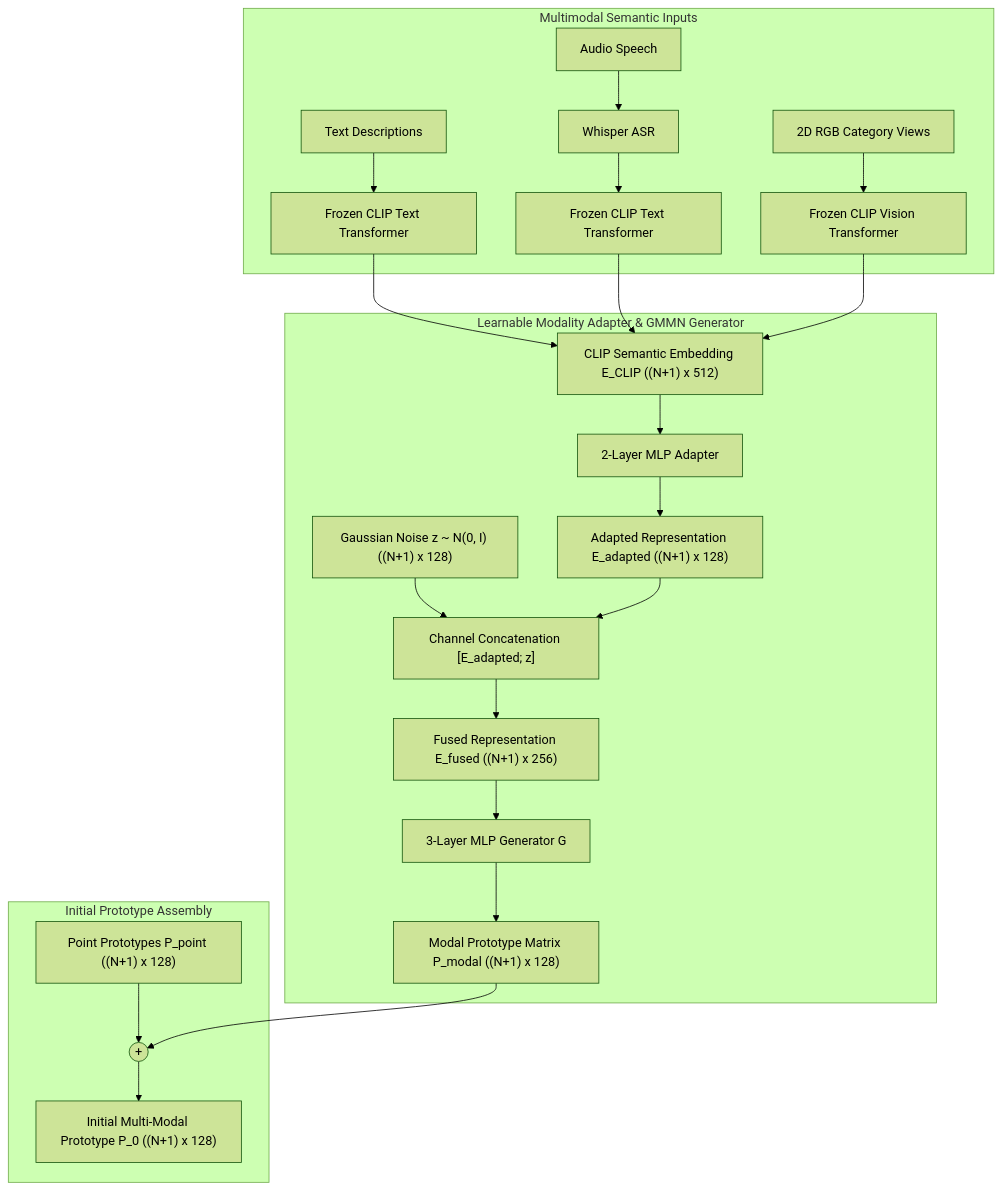
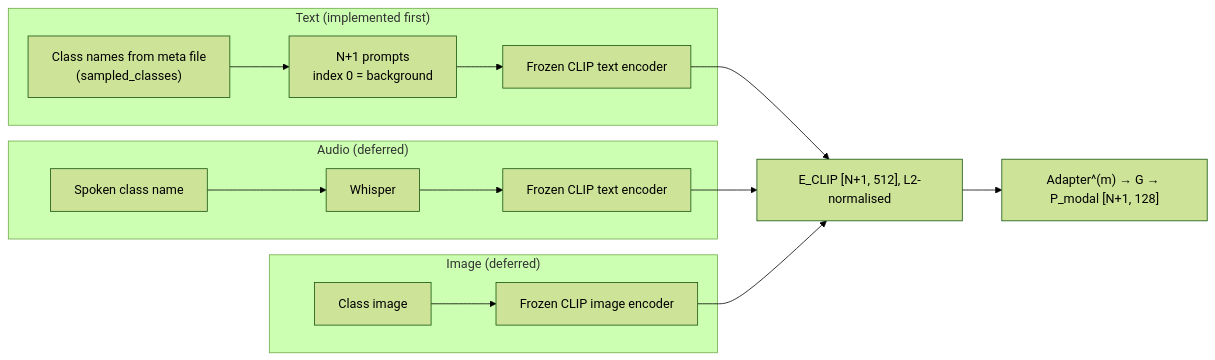
One commit to vminh16/CascadeProto changed the diagram in docs/spec/03_MULTIMODAL_SPEC.md. Above: the diagram before and after it, drawn with Mermaid (forest theme). The commit also changed other lines of this file and 8 other files, not shown here.

````diff
--- a/docs/spec/03_MULTIMODAL_SPEC.md
+++ b/docs/spec/03_MULTIMODAL_SPEC.md
@@ -13,29 +32,17 @@
 ```mermaid
-flowchart TD
-    subgraph Modalities["Multimodal Semantic Inputs"]
-        T_in["Text Descriptions"] --> CLIP_T["Frozen CLIP Text Transformer"]
-        A_in["Audio Speech"] --> Whisper["Whisper ASR"]
-        Whisper --> CLIP_A["Frozen CLIP Text Transformer"]
-        I_in["2D RGB Category Views"] --> CLIP_V["Frozen CLIP Vision Transformer"]
+flowchart LR
+    subgraph Text["Text (implemented first)"]
+        Names["Class names from meta file<br/>(sampled_classes)"] --> Prompts["N+1 prompts<br/>index 0 = background"]
+        Prompts --> CLIPT["Frozen CLIP text encoder"]
     end
-
-    CLIP_T --> E_clip["CLIP Semantic Embedding E_CLIP ((N+1) x 512)"]
-    CLIP_A --> E_clip
-    CLIP_V --> E_clip
-
-    subgraph LMA_Pipeline["Learnable Modality Adapter & GMMN Generator"]
-        E_clip --> Adapter["2-Layer MLP Adapter"]
-        Adapter --> E_adapt["Adapted Representation E_adapted ((N+1) x 128)"]
-        Noise["Gaussian Noise z ~ N(0, I) ((N+1) x 128)"] --> Cat["Channel Concatenation [E_adapted; z]"]
-        E_adapt --> Cat
-        Cat --> E_fused["Fused Representation E_fused ((N+1) x 256)"]
-        E_fused --> Gen["3-Layer MLP Generator G"]
-        Gen --> P_modal["Modal Prototype Matrix P_modal ((N+1) x 128)"]
+    subgraph Audio["Audio (deferred)"]
+        Wav["Spoken class name"] --> Whisper["Whisper"] --> CLIPA["Frozen CLIP text encoder"]
     end
-
-    subgraph Fusion["Initial Prototype Assembly"]
-        P_point["Point Prototypes P_point ((N+1) x 128)"] --> Add(("+"))
-        P_modal --> Add
-        Add --> P_0["Initial Multi-Modal Prototype P_0 ((N+1) x 128)"]
+    subgraph Image["Image (deferred)"]
+        Img["Class image"] --> CLIPV["Frozen CLIP image encoder"]
     end
+    CLIPT --> E["E_CLIP [N+1, 512], L2-normalised"]
+    CLIPA --> E
+    CLIPV --> E
+    E --> LMA["Adapter^(m) → G → P_modal [N+1, 128]"]
 ```
````
